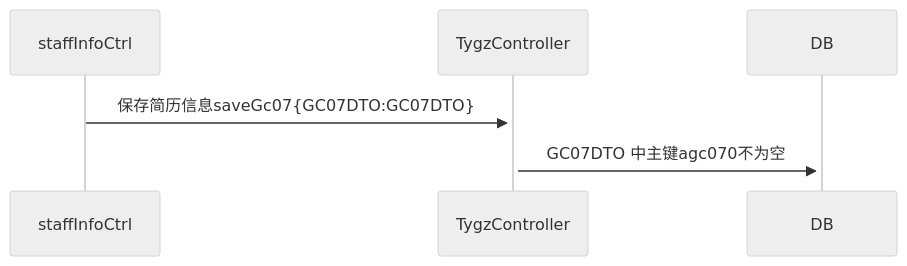
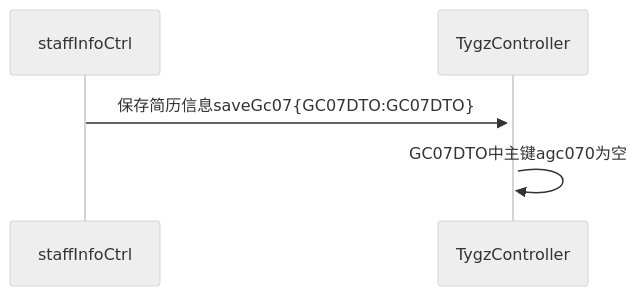
Before and after one commit to ZhangJianBeiJing/iodraw-files: the diagram in all/未命名.md, drawn with Mermaid (neutral theme).

Commit message:
2025-03-25 17:07:12 update

````diff
--- a/all/未命名.md
+++ b/all/未命名.md
@@ -1,7 +1,7 @@
 ```mermaid
 sequenceDiagram
     staffInfoCtrl->>+TygzController:保存简历信息saveGc07{GC07DTO:GC07DTO}
-    TygzController->>+DB:GC07DTO 中主键agc070不为空
+    TygzController->>+TygzController:GC07DTO中主键agc070为空
 
             
 ```
````
